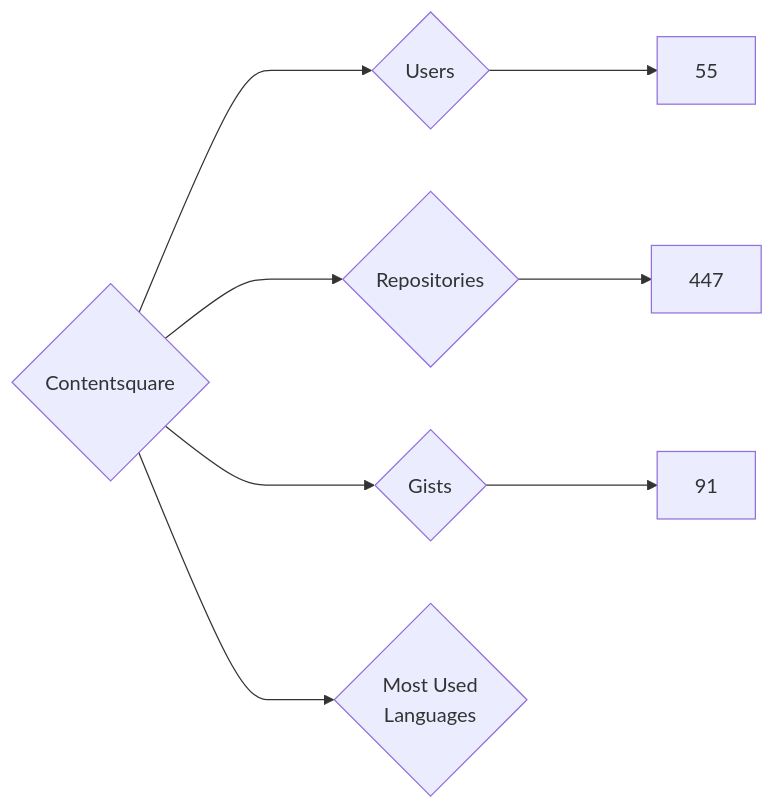
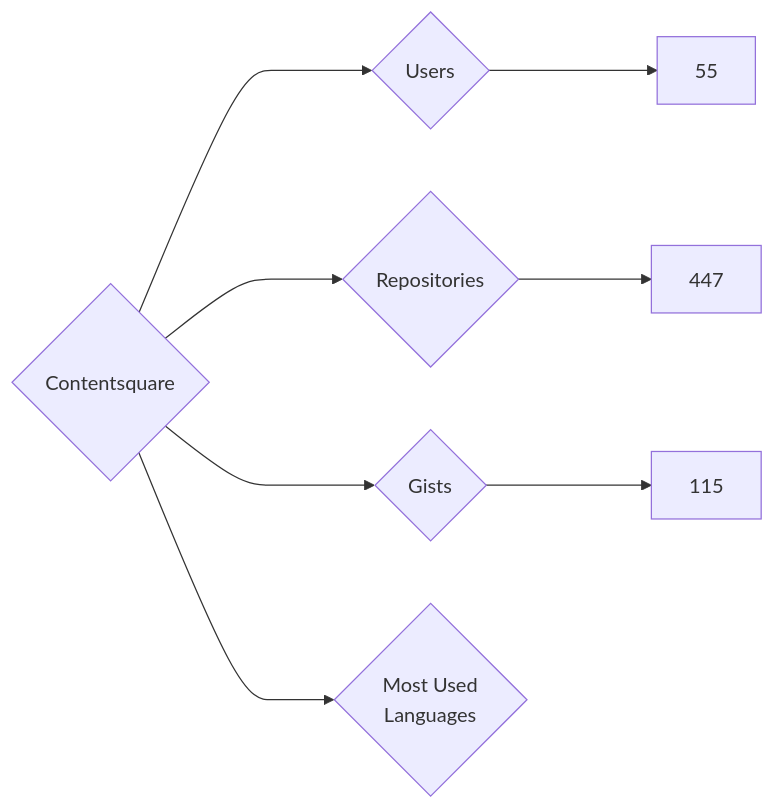
The diagram in targets/Contentsquare/README.md (nenadzaric/insiders), drawn with Mermaid before and after one commit. The commit also changed 1342 other files, not shown here.

````diff
--- a/targets/Contentsquare/README.md
+++ b/targets/Contentsquare/README.md
@@ -3,8 +3,8 @@
 ```mermaid
 graph LR
 COMPANY_NAME{Contentsquare}
 COMPANY_NAME ---> U{Users} ---> UN[55]
 COMPANY_NAME ---> R{Repositories} ---> RN[447]
-COMPANY_NAME ---> G{Gists} ---> GN[91]
+COMPANY_NAME ---> G{Gists} ---> GN[115]
 COMPANY_NAME ---> ML{Most Used<br>Languages}
 ```
````
